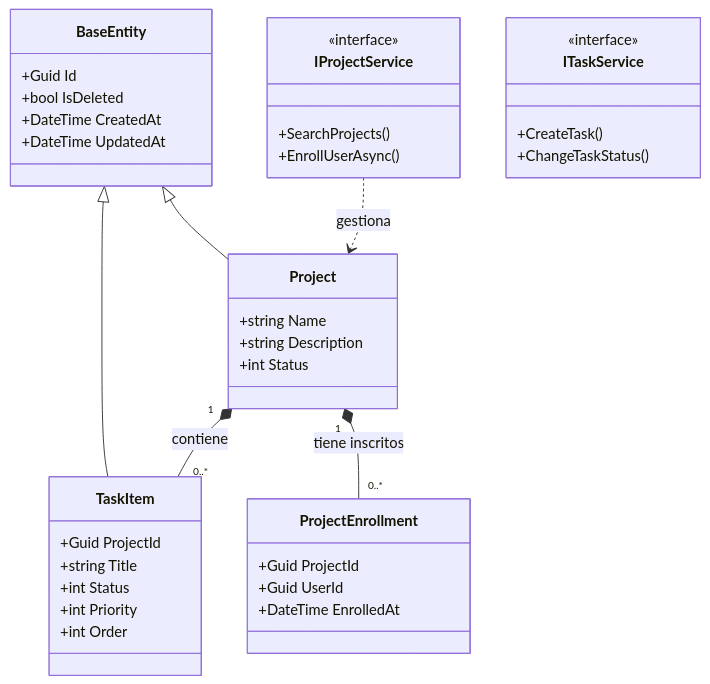
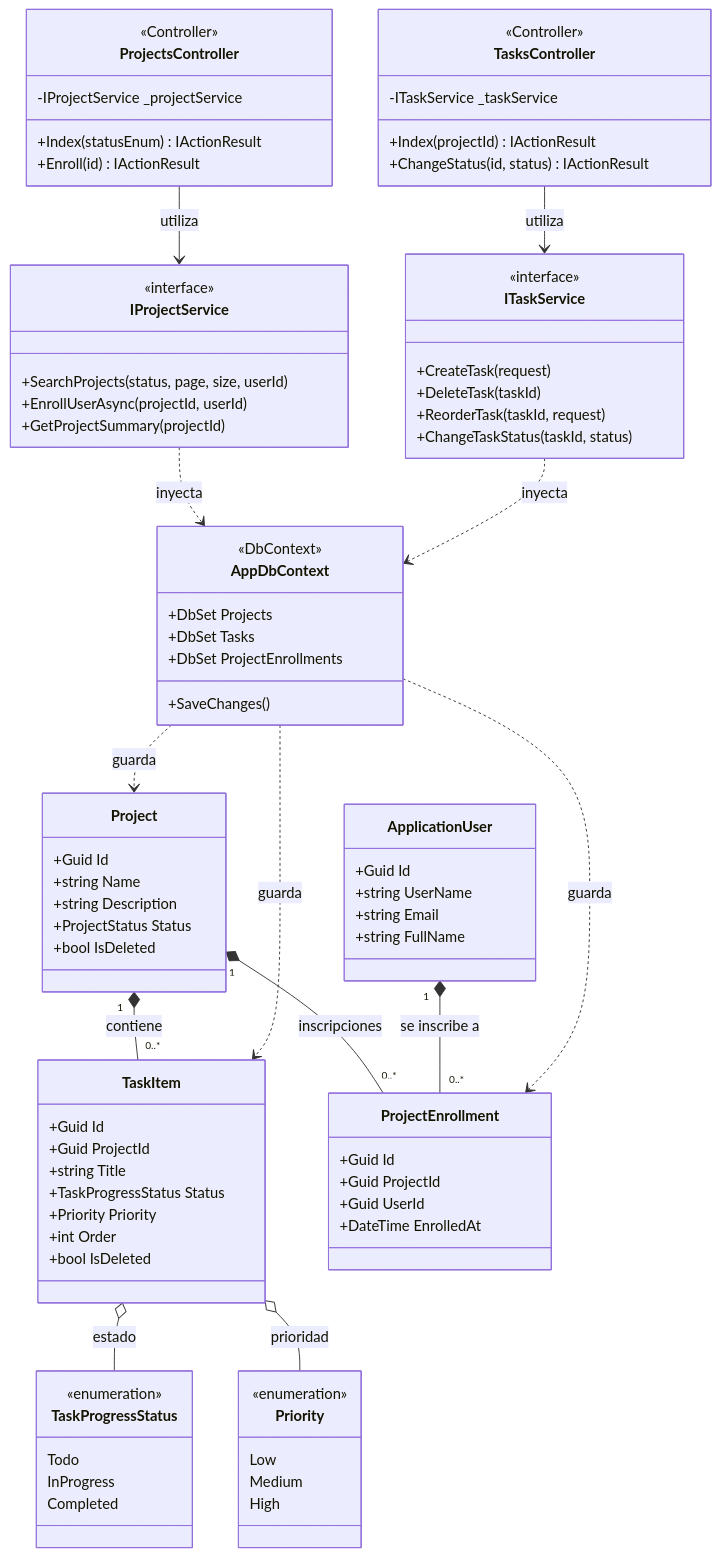
The second of 4 diagrams in docs/UML_DIAGRAMS.md (jdcntdev/assassment_sena), drawn with Mermaid before and after one commit.

Commit message:
Update Class Diagram to full architecture specification

````diff
--- a/docs/UML_DIAGRAMS.md
+++ b/docs/UML_DIAGRAMS.md
@@ -38,47 +38,115 @@
 ```mermaid
 classDiagram
-    class BaseEntity {
+    %% ==========================================
+    %% CAPA DE DOMINIO (Entidades y Enums)
+    %% ==========================================
+    class ApplicationUser {
         +Guid Id
-        +bool IsDeleted
-        +DateTime CreatedAt
-        +DateTime UpdatedAt
+        +string UserName
+        +string Email
+        +string FullName
     }
-    
     class Project {
+        +Guid Id
         +string Name
         +string Description
-        +int Status
+        +ProjectStatus Status
+        +bool IsDeleted
     }
-    
     class TaskItem {
+        +Guid Id
         +Guid ProjectId
         +string Title
-        +int Status
-        +int Priority
+        +TaskProgressStatus Status
+        +Priority Priority
         +int Order
+        +bool IsDeleted
     }
-    
     class ProjectEnrollment {
+        +Guid Id
         +Guid ProjectId
         +Guid UserId
         +DateTime EnrolledAt
     }
-    
+    class TaskProgressStatus {
+        <<enumeration>>
+        Todo
+        InProgress
+        Completed
+    }
+    class Priority {
+        <<enumeration>>
+        Low
+        Medium
+        High
+    }
+
+    %% ==========================================
+    %% CAPA DE APLICACIÓN (Interfaces)
+    %% ==========================================
     class IProjectService {
         <<interface>>
-        +SearchProjects()
-        +EnrollUserAsync()
+        +SearchProjects(status, page, size, userId)
+        +EnrollUserAsync(projectId, userId)
+        +GetProjectSummary(projectId)
+    }
+    class ITaskService {
+        <<interface>>
+        +CreateTask(request)
+        +DeleteTask(taskId)
+        +ReorderTask(taskId, request)
+        +ChangeTaskStatus(taskId, status)
     }
 
-    class ITaskService {
-        <<interface>>
-        +CreateTask()
-        +ChangeTaskStatus()
+    %% ==========================================
+    %% CAPA DE INFRAESTRUCTURA (Base de Datos)
+    %% ==========================================
+    class AppDbContext {
+        <<DbContext>>
+        +DbSet Projects
+        +DbSet Tasks
+        +DbSet ProjectEnrollments
+        +SaveChanges()
     }
+
+    %% ==========================================
+    %% CAPA WEB / API MVC (Controladores)
+    %% ==========================================
+    class ProjectsController {
+        <<Controller>>
+        -IProjectService _projectService
+        +Index(statusEnum) IActionResult
+        +Enroll(id) IActionResult
+    }
+    class TasksController {
+        <<Controller>>
+        -ITaskService _taskService
+        +Index(projectId) IActionResult
+        +ChangeStatus(id, status) IActionResult
+    }
+
+    %% ==========================================
+    %% RELACIONES ENTRE LOS COMPONENTES
+    %% ==========================================
     
-    BaseEntity <|-- Project
-    BaseEntity <|-- TaskItem
+    %% Relación de Composición (Entidades)
     Project "1" *-- "0..*" TaskItem : contiene
-    Project "1" *-- "0..*" ProjectEnrollment : tiene inscritos
-    IProjectService ..> Project : gestiona 
+    Project "1" *-- "0..*" ProjectEnrollment : inscripciones
+    ApplicationUser "1" *-- "0..*" ProjectEnrollment : se inscribe a
+    
+    %% Relación de Agregación (Enums)
+    TaskItem o-- TaskProgressStatus : estado
+    TaskItem o-- Priority : prioridad
+
+    %% Relación de Persistencia
+    AppDbContext ..> Project : guarda
+    AppDbContext ..> TaskItem : guarda
+    AppDbContext ..> ProjectEnrollment : guarda
+
+    %% Inyección de Dependencias
+    IProjectService ..> AppDbContext : inyecta
+    ITaskService ..> AppDbContext : inyecta
+
+    ProjectsController --> IProjectService : utiliza
+    TasksController --> ITaskService : utiliza
 ```
````
